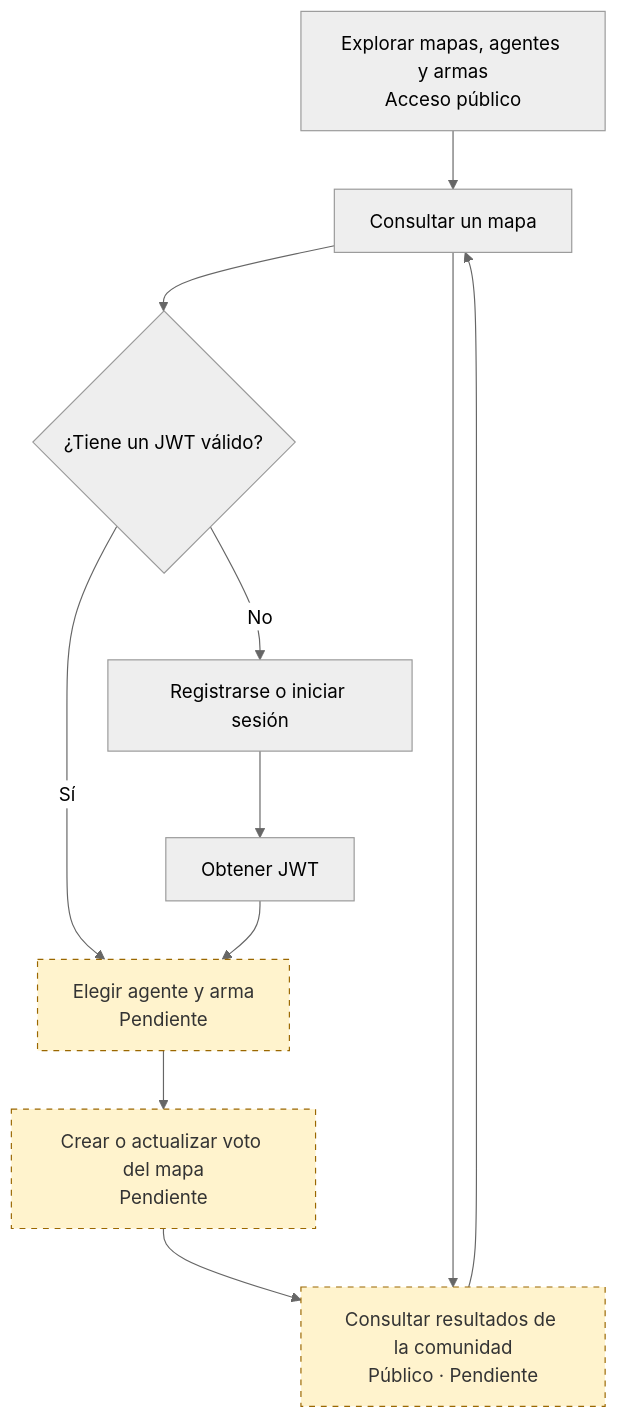
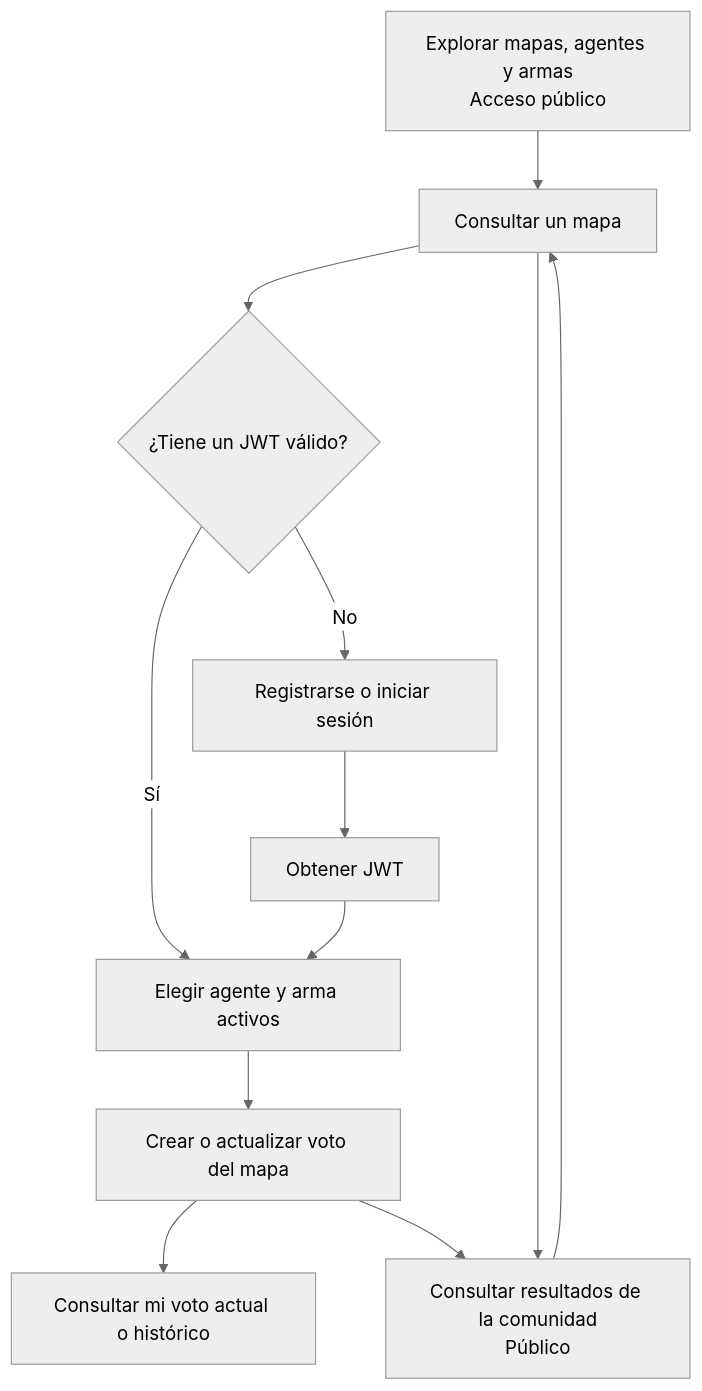
One commit to Niico4/prueba-tecnica-full-stack changed the second of 3 diagrams in DOC.md. Above: the diagram before and after it, drawn with Mermaid (neutral theme). The commit also changed other lines of this file and 13 other files, not shown here.

````diff
--- a/DOC.md
+++ b/DOC.md
@@ -33,15 +35,14 @@
 ```mermaid
 flowchart TD
     Inicio["Explorar mapas, agentes y armas<br/>Acceso público"] --> Mapa["Consultar un mapa"]
     Mapa --> Sesion{"¿Tiene un JWT válido?"}
     Sesion -- No --> Auth["Registrarse o iniciar sesión"]
     Auth --> Token["Obtener JWT"]
     Sesion -- Sí --> Elegir
     Token --> Elegir
-    Elegir["Elegir agente y arma<br/>Pendiente"] --> Votar["Crear o actualizar voto del mapa<br/>Pendiente"]
-    Votar --> Resultados["Consultar resultados de la comunidad<br/>Público · Pendiente"]
+    Elegir["Elegir agente y arma activos"] --> Votar["Crear o actualizar voto del mapa"]
+    Votar --> Propio["Consultar mi voto actual o histórico"]
+    Votar --> Resultados["Consultar resultados de la comunidad<br/>Público"]
     Mapa --> Resultados
     Resultados --> Mapa
-    classDef pendiente fill:#fff3cd,stroke:#9a6700,stroke-dasharray:5 5,color:#333;
-    class Elegir,Votar,Resultados pendiente;
 ```
````
